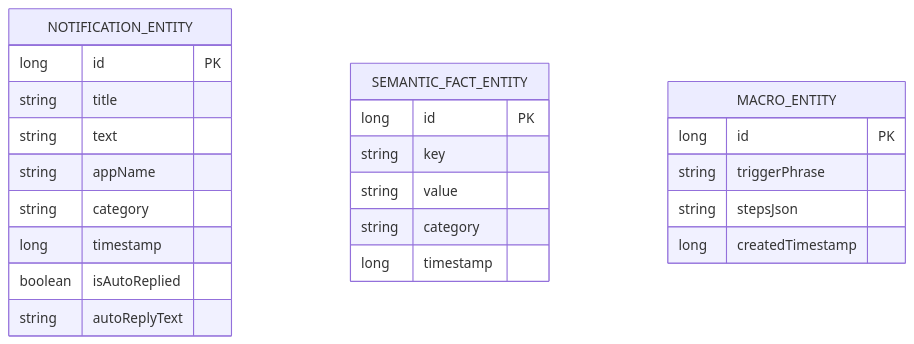
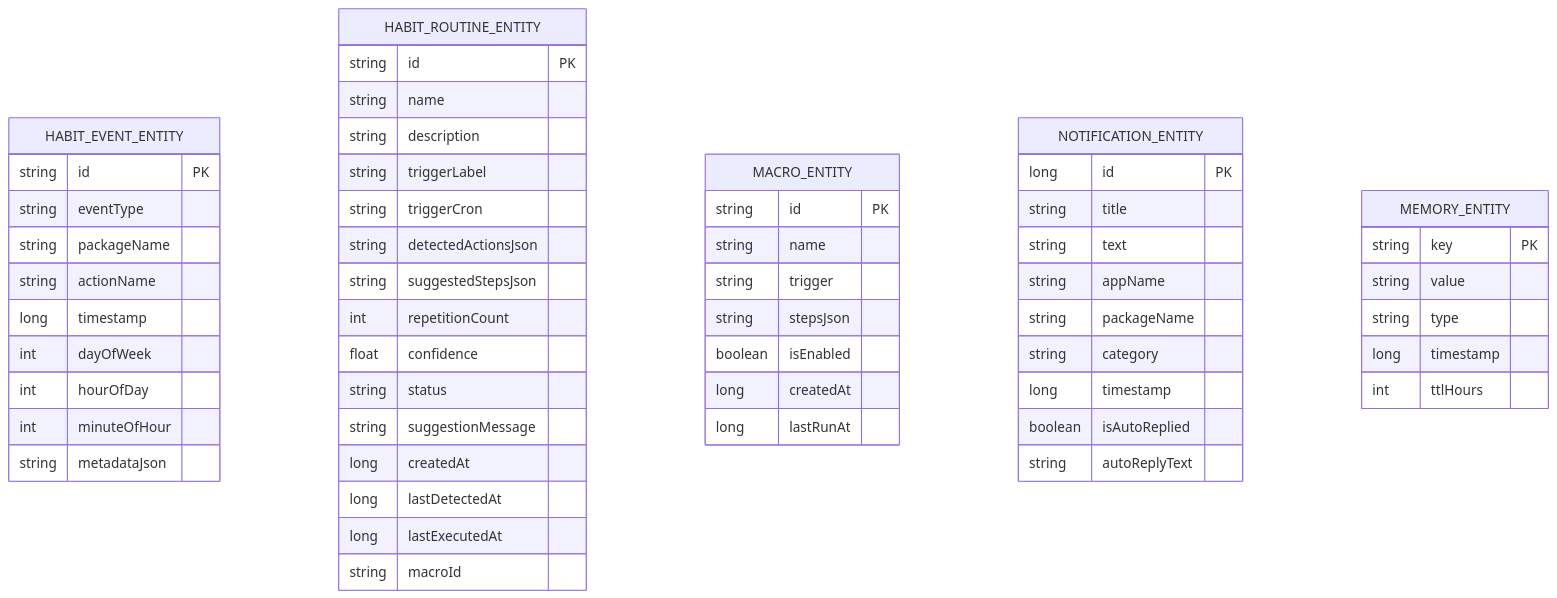
Before and after one commit to JMAN730/opendroid: the diagram in docs/trd.md, drawn with Mermaid. The commit also changed other lines of this file and 5 other files, not shown here.

First line of the commit message:
docs: update PRD, TRD, architecture, usage, and README with v1.0.6 features

````diff
--- a/docs/trd.md
+++ b/docs/trd.md
@@ -54,26 +57,58 @@
 ```mermaid
 erDiagram
+    HABIT_EVENT_ENTITY {
+        string id PK
+        string eventType
+        string packageName
+        string actionName
+        long timestamp
+        int dayOfWeek
+        int hourOfDay
+        int minuteOfHour
+        string metadataJson
+    }
+    HABIT_ROUTINE_ENTITY {
+        string id PK
+        string name
+        string description
+        string triggerLabel
+        string triggerCron
+        string detectedActionsJson
+        string suggestedStepsJson
+        int repetitionCount
+        float confidence
+        string status
+        string suggestionMessage
+        long createdAt
+        long lastDetectedAt
+        long lastExecutedAt
+        string macroId
+    }
+    MACRO_ENTITY {
+        string id PK
+        string name
+        string trigger
+        string stepsJson
+        boolean isEnabled
+        long createdAt
+        long lastRunAt
+    }
     NOTIFICATION_ENTITY {
         long id PK
         string title
         string text
         string appName
+        string packageName
         string category
         long timestamp
         boolean isAutoReplied
         string autoReplyText
     }
-    SEMANTIC_FACT_ENTITY {
-        long id PK
-        string key
+    MEMORY_ENTITY {
+        string key PK
         string value
-        string category
+        string type
         long timestamp
-    }
-    MACRO_ENTITY {
-        long id PK
-        string triggerPhrase
-        string stepsJson
-        long createdTimestamp
+        int ttlHours
     }
 ```
````
